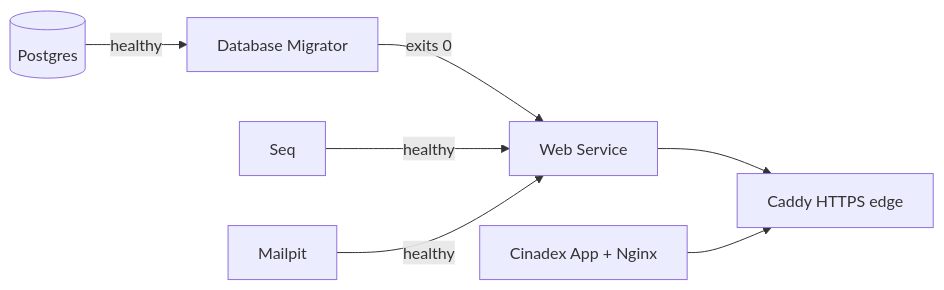
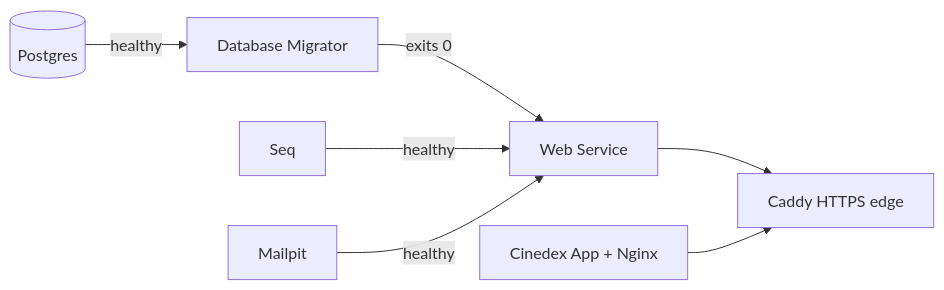
The diagram in docs/getting-started.md (felipedferreira/Cinedex), drawn with Mermaid before and after one commit. The commit also changed other lines of this file and 67 other files, not shown here.

Commit message:
fix(spelling): rename cinadex-app to cinedex-app and fix typos repo-wide (#63)

````diff
--- a/docs/getting-started.md
+++ b/docs/getting-started.md
@@ -60,9 +60,9 @@
 ```mermaid
 flowchart LR
     PG[(Postgres)] -- healthy --> MIG[Database Migrator]
     MIG -- exits 0 --> WEB[Web Service]
     SEQ[Seq] -- healthy --> WEB
     MAIL[Mailpit] -- healthy --> WEB
     WEB --> EDGE[Caddy HTTPS edge]
-    UI[Cinadex App + Nginx] --> EDGE
+    UI[Cinedex App + Nginx] --> EDGE
 ```
````
